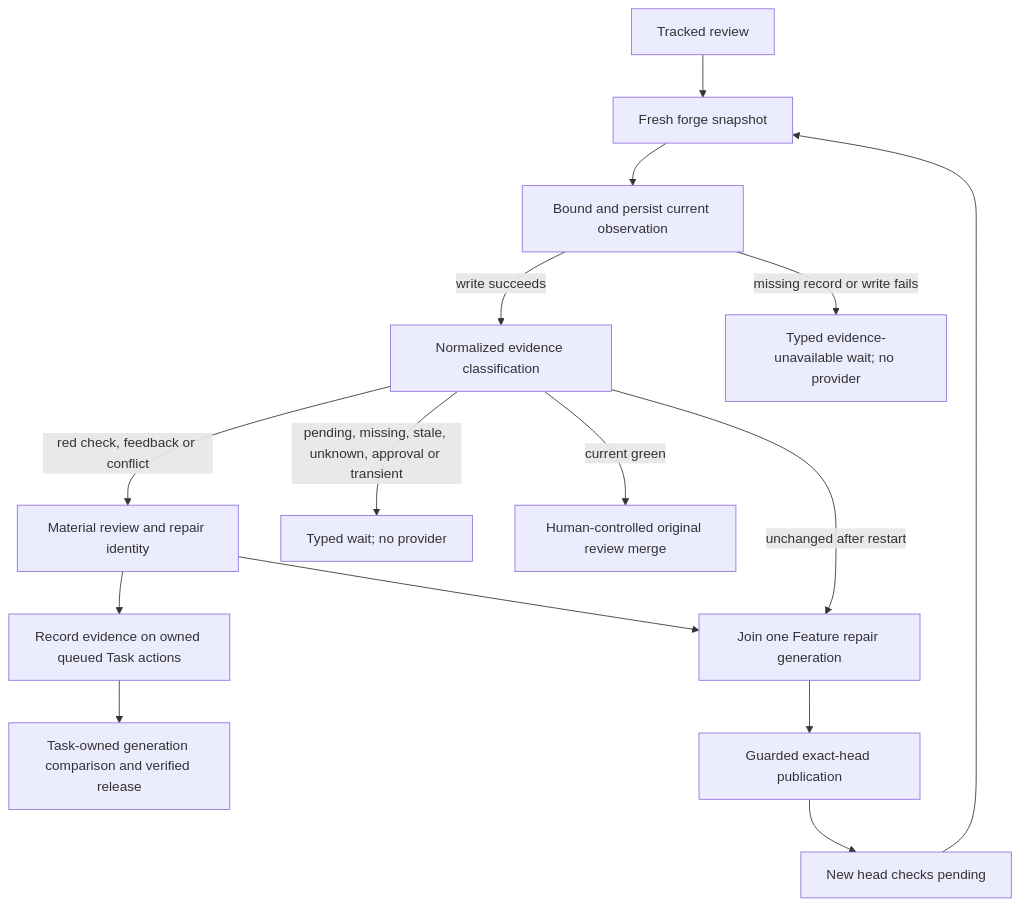
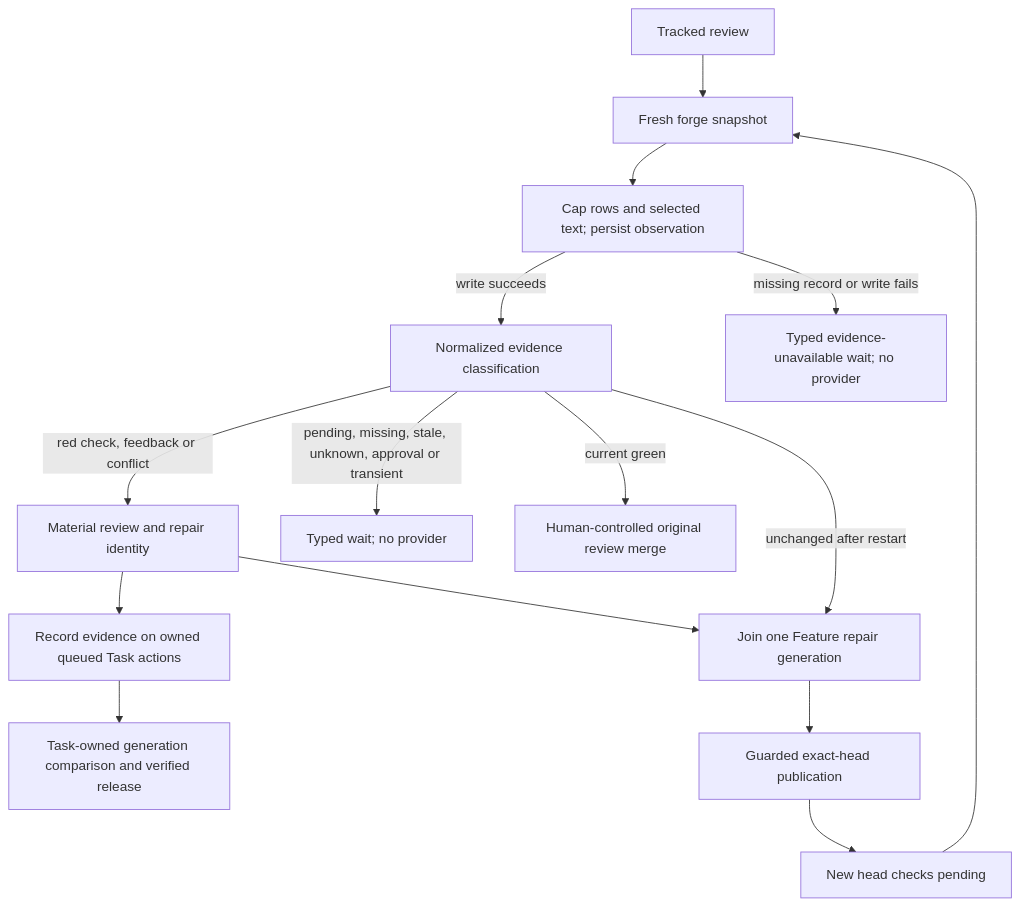
The first of 3 diagrams in cascade/watchdog/DESIGN.md (vincentc-b/CascadeCode), drawn with Mermaid before and after one commit. The commit also changed other lines of this file and 6 other files, not shown here.

Commit message:
docs: reconcile integrated review evidence limits and architecture checks

````diff
--- a/cascade/watchdog/DESIGN.md
+++ b/cascade/watchdog/DESIGN.md
@@ -360,17 +362,17 @@
 ```mermaid
 flowchart TD
     Review[Tracked review] --> Snapshot[Fresh forge snapshot]
-    Snapshot --> Persist[Bound and persist current observation]
+    Snapshot --> Persist[Cap rows and selected text; persist observation]
     Persist -->|write succeeds| Classify[Normalized evidence classification]
     Persist -->|missing record or write fails| Unavailable[Typed evidence-unavailable wait; no provider]
     Classify -->|red check, feedback or conflict| Identity[Material review and repair identity]
     Identity --> Fence[Record evidence on owned queued Task actions]
     Fence --> Task[Task-owned generation comparison and verified release]
     Identity --> Repair[Join one Feature repair generation]
     Repair --> Publish[Guarded exact-head publication]
     Publish --> Pending[New head checks pending]
     Classify -->|pending, missing, stale, unknown, approval or transient| Wait[Typed wait; no provider]
     Pending --> Snapshot
     Classify -->|current green| Human[Human-controlled original review merge]
     Classify -->|unchanged after restart| Repair
 ```
````
